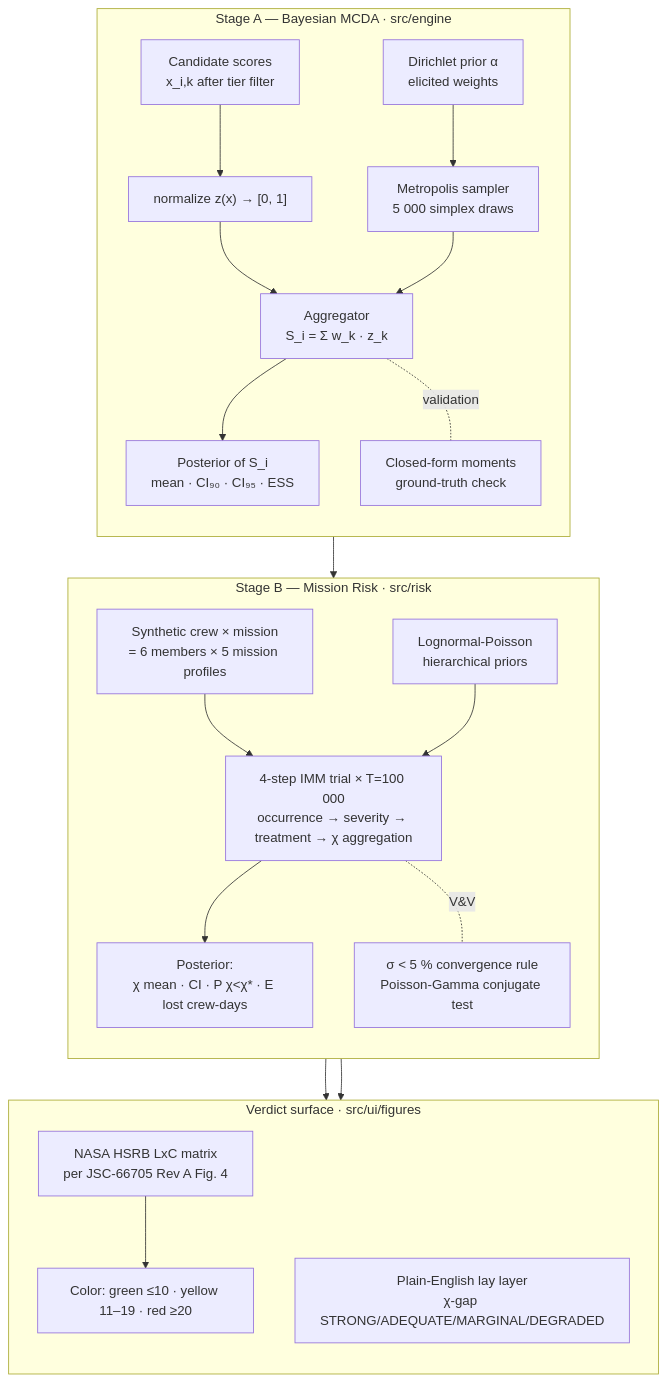
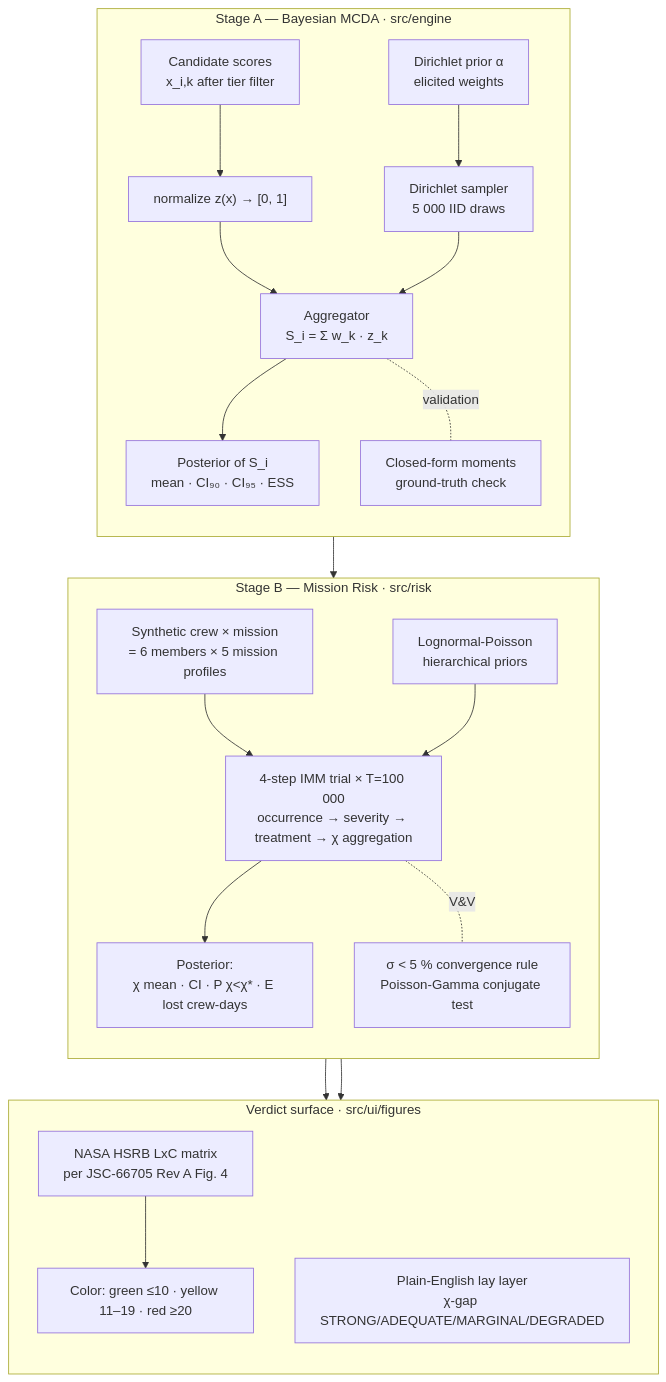
One commit to strikerdlm/selectron changed the second of 2 diagrams in README.md. Above: the diagram before and after it, drawn with Mermaid. The commit also changed other lines of this file, not shown here.

Commit message:
fix(docs): correct README sampler description — Gamma-normalization, not Metropolis-Hastings
The README incorrectly claimed 'Metropolis sampler' and 'Metropolis-Hastings on the
simplex'. The actual implementation (src/engine/dirichlet.ts) is the standard Dirichlet
Gamma-normalization decomposition — an exact IID sampler. The manuscript (paper/manuscript.md
line 65) was already correct. Fixes documentation-code mismatch.

````diff
--- a/README.md
+++ b/README.md
@@ -98,40 +98,40 @@
 ```mermaid
 flowchart TB
     subgraph A[" Stage A — Bayesian MCDA · src/engine "]
         direction TB
         E_C[Candidate scores<br/>x_i,k after tier filter]
         E_A[Dirichlet prior α<br/>elicited weights]
         E_N["normalize z(x) → [0, 1]"]
-        E_S[Metropolis sampler<br/>5 000 simplex draws]
+        E_S[Dirichlet sampler<br/>5 000 IID draws]
         E_M[Aggregator<br/>S_i = Σ w_k · z_k]
         E_CF[Closed-form moments<br/>ground-truth check]
         E_P[Posterior of S_i<br/>mean · CI₉₀ · CI₉₅ · ESS]
         E_C --> E_N --> E_M
         E_A --> E_S --> E_M --> E_P
         E_M -.validation.- E_CF
     end
 
     subgraph B[" Stage B — Mission Risk · src/risk "]
         direction TB
         R_S[Synthetic crew × mission<br/>= 6 members × 5 mission profiles]
         R_PRIOR[Lognormal-Poisson<br/>hierarchical priors]
         R_MC[4-step IMM trial × T=100 000<br/>occurrence → severity → treatment → χ aggregation]
         R_OUT[Posterior:<br/>χ mean · CI · P χ&lt;χ* · E lost crew-days]
         R_VV[σ &lt; 5 % convergence rule<br/>Poisson-Gamma conjugate test]
         R_S --> R_MC
         R_PRIOR --> R_MC --> R_OUT
         R_MC -.V&V.- R_VV
     end
 
     subgraph V[" Verdict surface · src/ui/figures "]
         direction TB
         V_LXC["NASA HSRB LxC matrix<br/>per JSC-66705 Rev A Fig. 4"]
         V_COLOR["Color: green ≤10 · yellow 11–19 · red ≥20"]
         V_LAY[Plain-English lay layer<br/>χ-gap STRONG/ADEQUATE/MARGINAL/DEGRADED]
         V_LXC --> V_COLOR
     end
 
     E_P --> R_S
     R_OUT --> V_LXC
     R_OUT --> V_LAY
 ```
````
